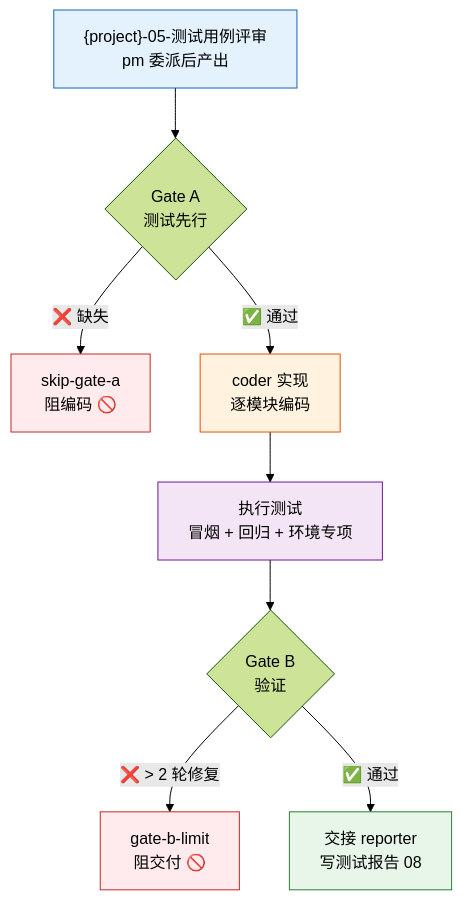
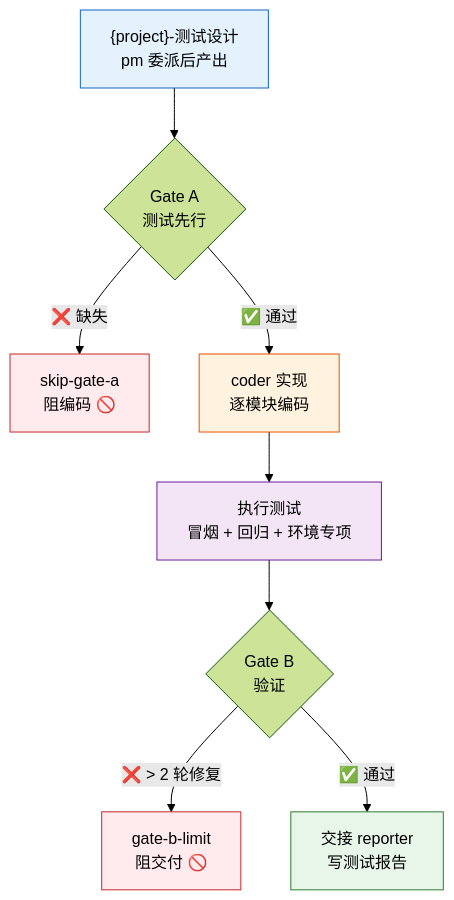
The first of 7 diagrams in agents/tester.md (effiy/YrY), drawn with Mermaid (forest theme) before and after one commit. The commit also changed other lines of this file and 90 other files, not shown here.

````diff
--- a/agents/tester.md
+++ b/agents/tester.md
@@ -16,16 +16,16 @@
 ```mermaid
 flowchart TB
-    DOC["{project}-05-测试用例评审<br/>pm 委派后产出"]:::doc --> GA{"Gate A<br/>测试先行"}
+    DOC["{project}-测试设计<br/>pm 委派后产出"]:::doc --> GA{"Gate A<br/>测试先行"}
     GA -->|"❌ 缺失"| X1["skip-gate-a<br/>阻编码 🚫"]:::block
     GA -->|"✅ 通过"| CODE["coder 实现<br/>逐模块编码"]:::impl
     CODE --> RUN["执行测试<br/>冒烟 + 回归 + 环境专项"]:::run
     RUN --> GB{"Gate B<br/>验证"}
     GB -->|"❌ > 2 轮修复"| X2["gate-b-limit<br/>阻交付 🚫"]:::block
-    GB -->|"✅ 通过"| DONE["交接 reporter<br/>写测试报告 08"]:::done
+    GB -->|"✅ 通过"| DONE["交接 reporter<br/>写测试报告"]:::done
 
     classDef doc fill:#e3f2fd,stroke:#1565c0;
     classDef block fill:#ffebee,stroke:#c62828;
     classDef impl fill:#fff3e0,stroke:#e65100;
     classDef run fill:#f3e5f5,stroke:#6a1b9a;
     classDef done fill:#e8f5e9,stroke:#2e7d32;
 ```
````
